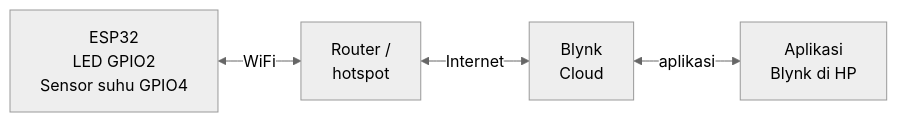
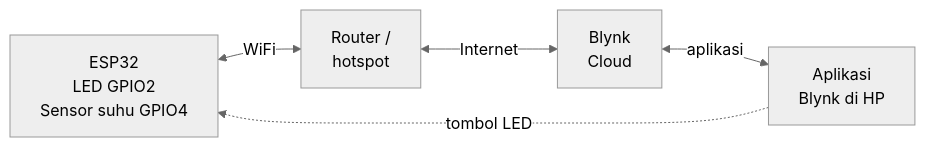
The diagram in docs/diagrams/block-diagram-blynk.md (milanalfandiismail/IoT), drawn with Mermaid (neutral theme) before and after one commit. The commit also changed 1 other file, not shown here.

Commit message:
docs: tambah alur balik tombol di block diagram Blynk

````diff
--- a/docs/diagrams/block-diagram-blynk.md
+++ b/docs/diagrams/block-diagram-blynk.md
@@ -3,6 +3,7 @@
 ```mermaid
 flowchart LR
     ESP["ESP32<br/>LED GPIO2<br/>Sensor suhu GPIO4"] <-->|"WiFi"| RT["Router /<br/>hotspot"]
     RT <-->|"Internet"| BL["Blynk<br/>Cloud"]
     BL <-->|"aplikasi"| APP["Aplikasi<br/>Blynk di HP"]
+    APP -.->|"tombol LED"| ESP
 ```
````
